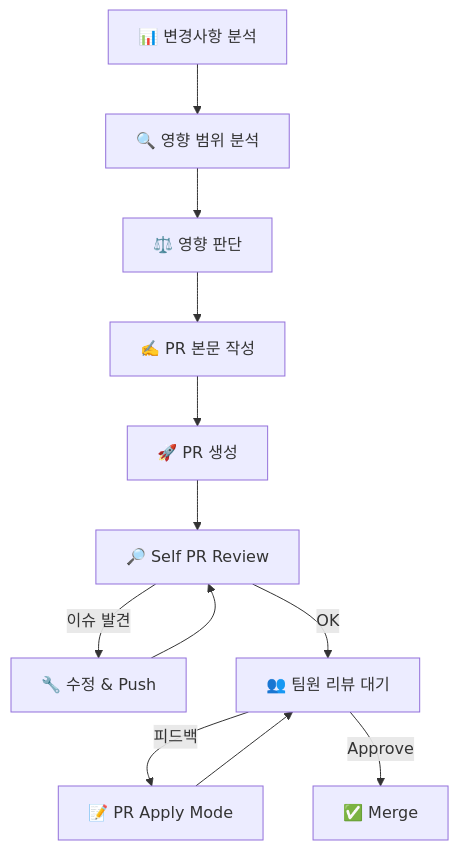
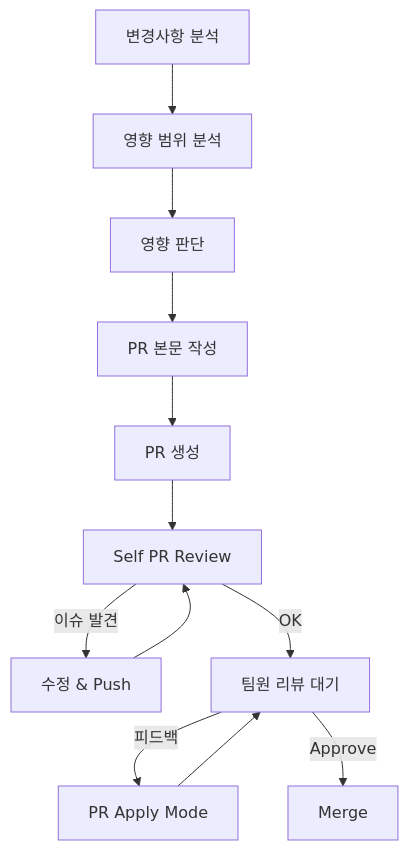
The diagram in templates/global/skills/Git/git.md (qurugi0347/jun-claude-code), drawn with Mermaid before and after one commit. The commit also changed other lines of this file and 14 other files, not shown here.

````diff
--- a/templates/global/skills/Git/git.md
+++ b/templates/global/skills/Git/git.md
@@ -296,14 +324,14 @@
 ```mermaid
 graph TD
-  A[📊 변경사항 분석] --> B[🔍 영향 범위 분석]
-  B --> C[⚖️ 영향 판단]
-  C --> D[✍️ PR 본문 작성]
-  D --> E[🚀 PR 생성]
-  E --> F[🔎 Self PR Review]
-  F -->|이슈 발견| G[🔧 수정 & Push]
+  A[변경사항 분석] --> B[영향 범위 분석]
+  B --> C[영향 판단]
+  C --> D[PR 본문 작성]
+  D --> E[PR 생성]
+  E --> F[Self PR Review]
+  F -->|이슈 발견| G[수정 & Push]
   G --> F
-  F -->|OK| H[👥 팀원 리뷰 대기]
-  H -->|피드백| I[📝 PR Apply Mode]
+  F -->|OK| H[팀원 리뷰 대기]
+  H -->|피드백| I[PR Apply Mode]
   I --> H
-  H -->|Approve| J[✅ Merge]
+  H -->|Approve| J[Merge]
 ```
````
